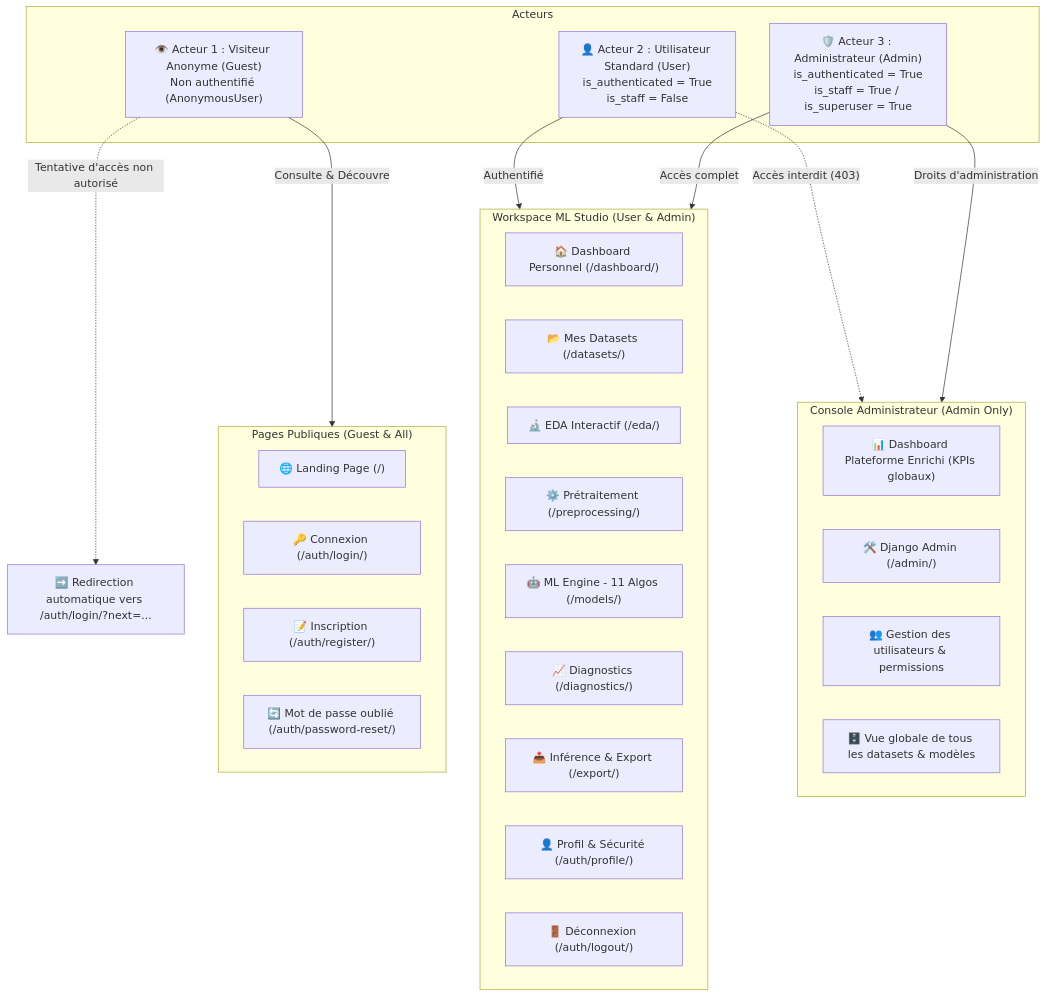
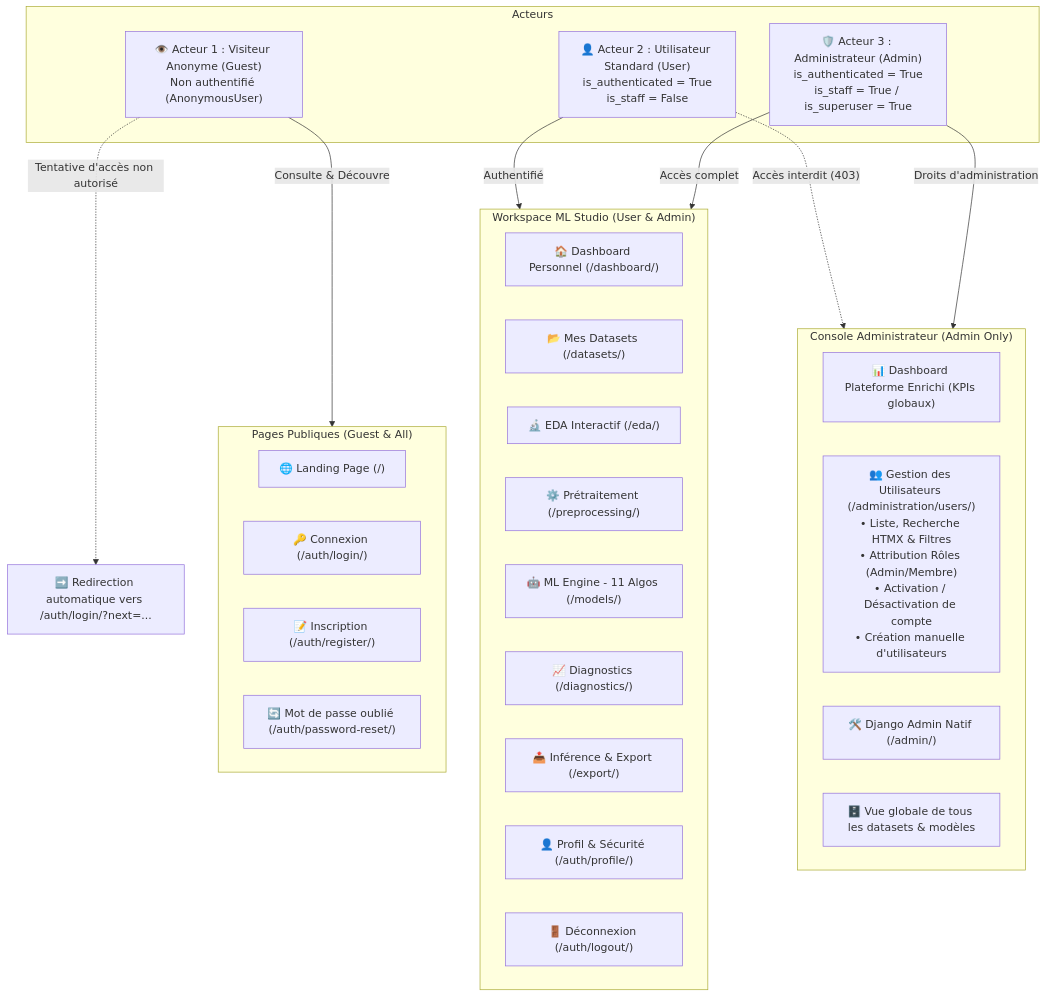
The diagram in planning/acteurs_planning/00_overview_and_architecture.md (ayadiyassib/project_ML), drawn with Mermaid before and after one commit. The commit also changed other lines of this file and 5 other files, not shown here.

````diff
--- a/planning/acteurs_planning/00_overview_and_architecture.md
+++ b/planning/acteurs_planning/00_overview_and_architecture.md
@@ -24,43 +24,43 @@
 ```mermaid
 flowchart TD
     subgraph Acteurs
         G["👁️ Acteur 1 : Visiteur Anonyme (Guest)\nNon authentifié (AnonymousUser)"]
         U["👤 Acteur 2 : Utilisateur Standard (User)\nis_authenticated = True\nis_staff = False"]
         A["🛡️ Acteur 3 : Administrateur (Admin)\nis_authenticated = True\nis_staff = True / is_superuser = True"]
     end
 
     subgraph Pages_Publiques["Pages Publiques (Guest & All)"]
         P1["🌐 Landing Page (/)"]
         P2["🔑 Connexion (/auth/login/)"]
         P3["📝 Inscription (/auth/register/)"]
         P4["🔄 Mot de passe oublié (/auth/password-reset/)"]
     end
 
     subgraph Espace_Membre["Workspace ML Studio (User & Admin)"]
         W1["🏠 Dashboard Personnel (/dashboard/)"]
         W2["📂 Mes Datasets (/datasets/)"]
         W3["🔬 EDA Interactif (/eda/)"]
         W4["⚙️ Prétraitement (/preprocessing/)"]
         W5["🤖 ML Engine - 11 Algos (/models/)"]
         W6["📈 Diagnostics (/diagnostics/)"]
         W7["📤 Inférence & Export (/export/)"]
         W8["👤 Profil & Sécurité (/auth/profile/)"]
         W9["🚪 Déconnexion (/auth/logout/)"]
     end
 
     subgraph Espace_Admin["Console Administrateur (Admin Only)"]
         AD1["📊 Dashboard Plateforme Enrichi (KPIs globaux)"]
-        AD2["🛠️ Django Admin (/admin/)"]
-        AD3["👥 Gestion des utilisateurs & permissions"]
+        AD2["👥 Gestion des Utilisateurs (/administration/users/)\n• Liste, Recherche HTMX & Filtres\n• Attribution Rôles (Admin/Membre)\n• Activation / Désactivation de compte\n• Création manuelle d'utilisateurs"]
+        AD3["🛠️ Django Admin Natif (/admin/)"]
         AD4["🗄️ Vue globale de tous les datasets & modèles"]
     end
 
     G -->|"Consulte & Découvre"| Pages_Publiques
     G -.->|"Tentative d'accès non autorisé"| Redir["➡️ Redirection automatique vers /auth/login/?next=..."]
 
     U -->|"Authentifié"| Espace_Membre
     U -.->|"Accès interdit (403)"| Espace_Admin
 
     A -->|"Accès complet"| Espace_Membre
     A -->|"Droits d'administration"| Espace_Admin
 ```
````
